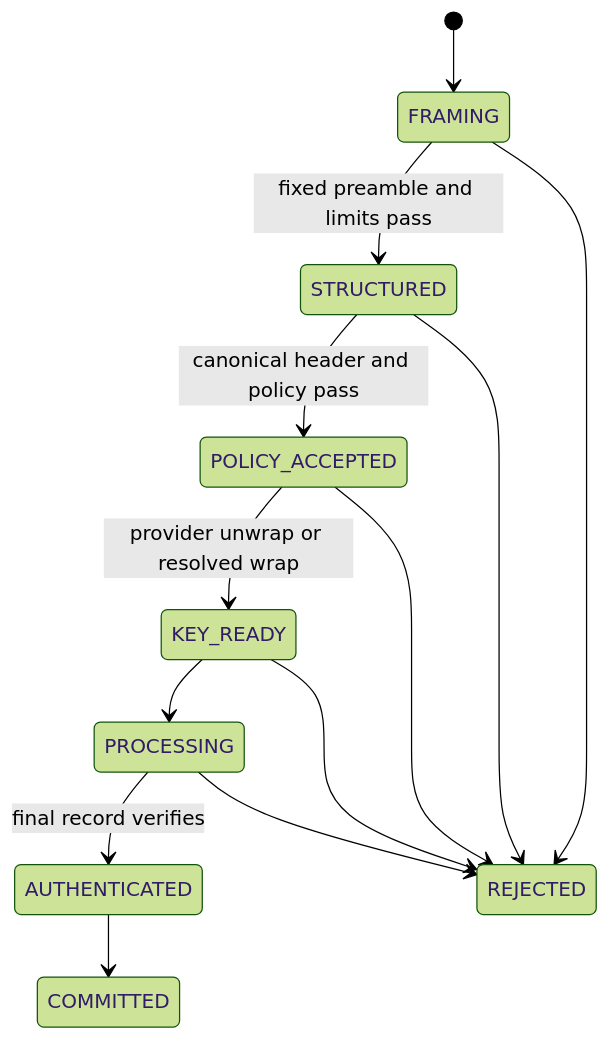
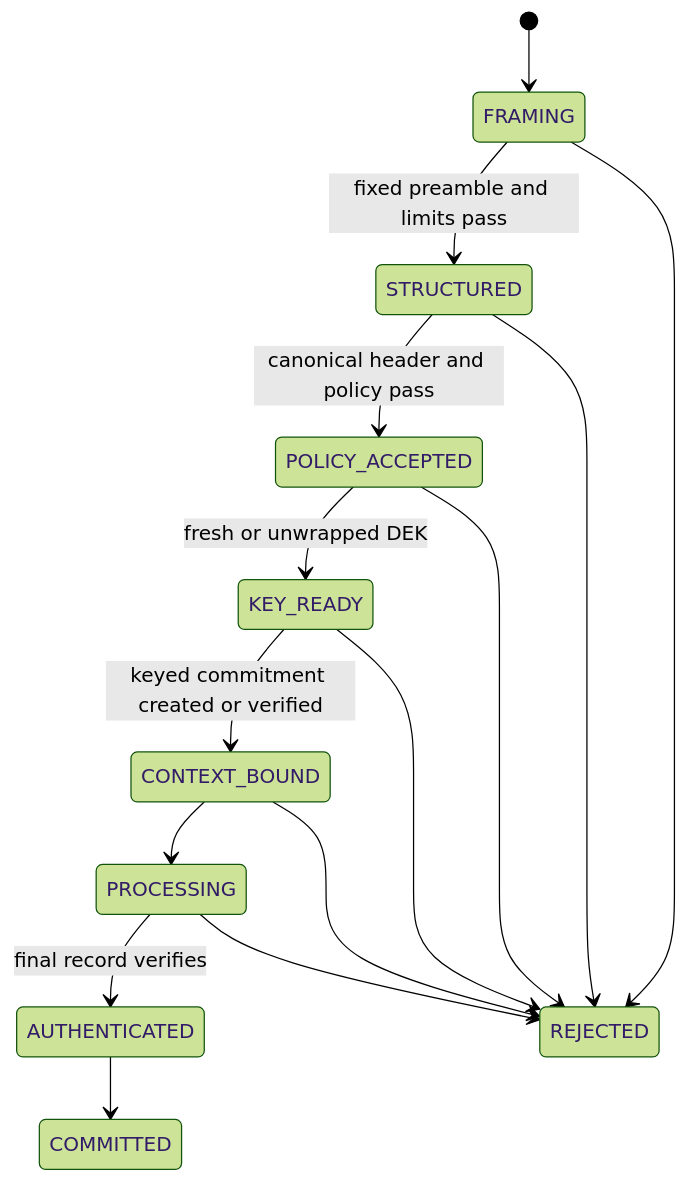
Before and after one commit to Psychevus/cryptography-suite: the second of 4 diagrams in docs/v4/architecture/state-machines.md, drawn with Mermaid (forest theme). The commit also changed other lines of this file and 13 other files, not shown here.

````diff
--- a/docs/v4/architecture/state-machines.md
+++ b/docs/v4/architecture/state-machines.md
@@ -41,15 +41,17 @@
 ```mermaid
 stateDiagram-v2
     [*] --> FRAMING
     FRAMING --> STRUCTURED: fixed preamble and limits pass
     STRUCTURED --> POLICY_ACCEPTED: canonical header and policy pass
-    POLICY_ACCEPTED --> KEY_READY: provider unwrap or resolved wrap
-    KEY_READY --> PROCESSING
+    POLICY_ACCEPTED --> KEY_READY: fresh or unwrapped DEK
+    KEY_READY --> CONTEXT_BOUND: keyed commitment created or verified
+    CONTEXT_BOUND --> PROCESSING
     PROCESSING --> AUTHENTICATED: final record verifies
     AUTHENTICATED --> COMMITTED
     FRAMING --> REJECTED
     STRUCTURED --> REJECTED
     POLICY_ACCEPTED --> REJECTED
     KEY_READY --> REJECTED
+    CONTEXT_BOUND --> REJECTED
     PROCESSING --> REJECTED
 ```
````
